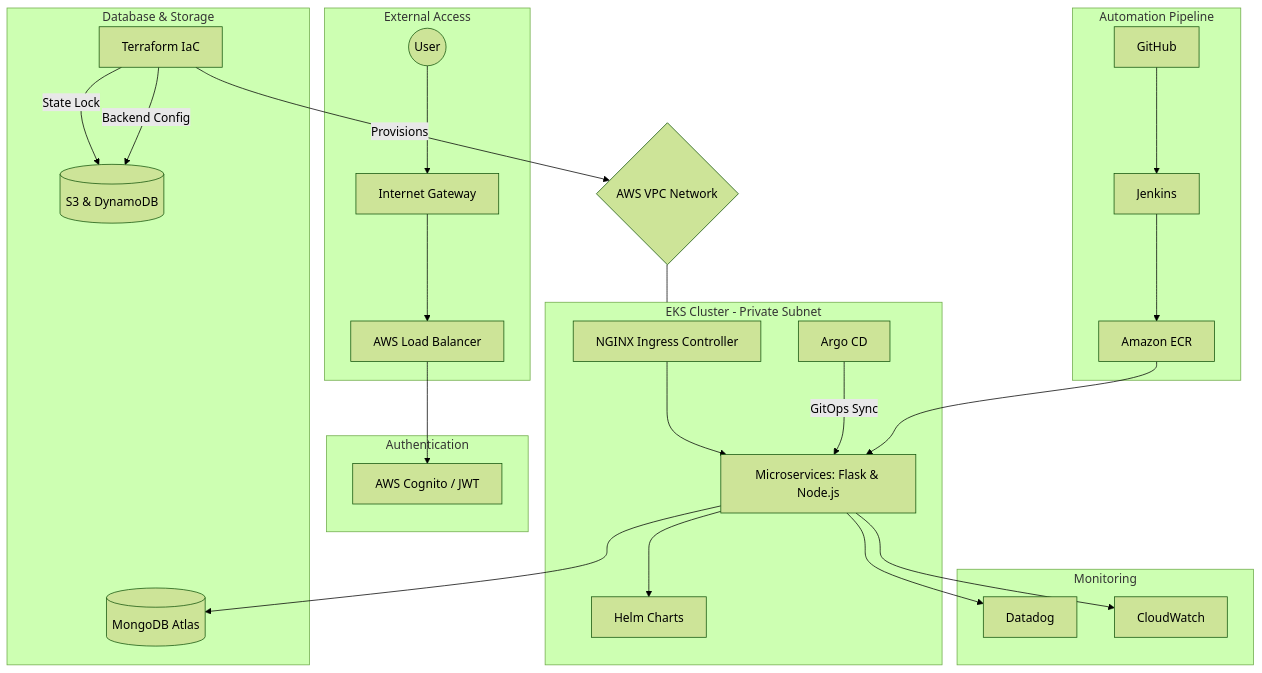
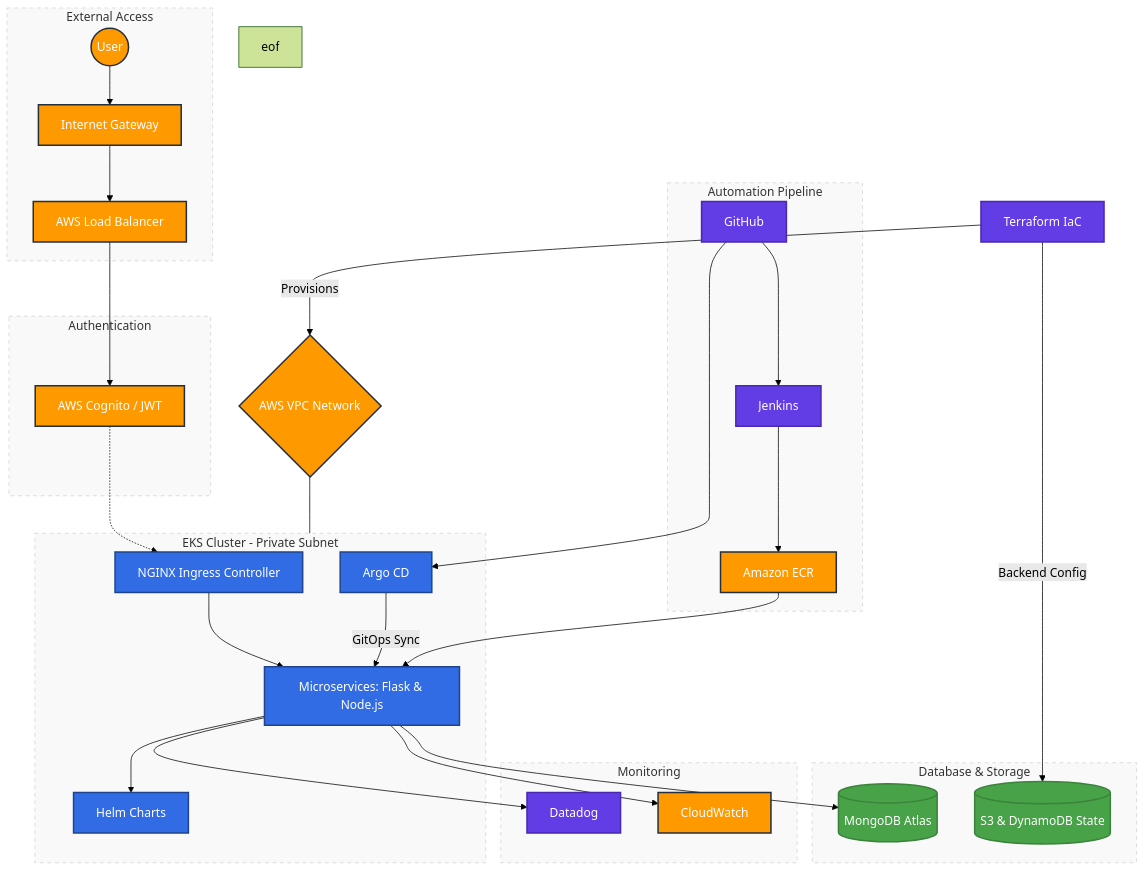
One commit to mohameddraz53/vois_project changed the diagram in README.md. Above: the diagram before and after it, drawn with Mermaid (forest theme).

Commit message:
Refactor mermaid diagram for architecture overview

````diff
--- a/README.md
+++ b/README.md
@@ -1,43 +1,76 @@
 ```mermaid
    graph TD
+    %% Node Definitions with Styling Classes
     subgraph Client_Layer [External Access]
-        User((User)) --> IGW[Internet Gateway]
-        IGW --> ALB[AWS Load Balancer]
+        User((User))
+        IGW[Internet Gateway]
+        ALB[AWS Load Balancer]
     end
     
     subgraph Security_Layer [Authentication]
-        ALB --> Cognito[AWS Cognito / JWT]
+        Cognito[AWS Cognito / JWT]
     end
     
     subgraph Cluster_Layer [EKS Cluster - Private Subnet]
-        NGINX[NGINX Ingress Controller] --> Apps[Microservices: Flask & Node.js]
-        Apps --> Helm[Helm Charts]
-        Argo[Argo CD] -->|GitOps Sync| Apps
+        NGINX[NGINX Ingress Controller]
+        Apps[Microservices: Flask & Node.js]
+        Helm[Helm Charts]
+        Argo[Argo CD]
     end
 
     subgraph Data_Layer [Database & Storage]
-        Apps --> Mongo[(MongoDB Atlas)]
-        Terraform[Terraform] -->|State Lock| S3[(S3 & DynamoDB)]
+        Mongo[(MongoDB Atlas)]
+        S3[(S3 & DynamoDB State)]
     end
     
     subgraph Observability [Monitoring]
-        Apps --> DD[Datadog]
-        Apps --> CW[CloudWatch]
+        DD[Datadog]
+        CW[CloudWatch]
     end
     
     subgraph CI_CD [Automation Pipeline]
-        Git[GitHub] --> Jenkins[Jenkins]
-        Jenkins --> ECR[Amazon ECR]
-        ECR --> Apps
+        Git[GitHub]
+        Jenkins[Jenkins]
+        ECR[Amazon ECR]
     end
 
-    %% Infrastructure as Code Trigger
+    %% Infrastructure as Code
     Terraform[Terraform IaC]
-    
-    %% Explicitly defining the VPC/Network as a cloud shape
     VPC{AWS VPC Network}
 
+    %% Connections
+    User --> IGW
+    IGW --> ALB
+    ALB --> Cognito
+    Cognito -.-> NGINX
+    NGINX --> Apps
+    Apps --> Helm
+    Argo -->|GitOps Sync| Apps
+    Apps --> Mongo
+    Apps --> DD
+    Apps --> CW
+    Git --> Jenkins
+    Git --> Argo
+    Jenkins --> ECR
+    ECR --> Apps
     Terraform -->|Backend Config| S3
     Terraform -->|Provisions| VPC
     VPC --- Cluster_Layer
+
+    %% Assigning Classes for Colors
+    class User,IGW,ALB,VPC,Cognito,ECR,CW aws
+    class NGINX,Apps,Helm,Argo k8s
+    class Mongo,S3,Redis db
+    class Terraform,Jenkins,Git,DD tool
+    class Client_Layer,Security_Layer,Cluster_Layer,Data_Layer,Observability,CI_CD layers
+
+    %% Style Definitions
+    classDef aws fill:#FF9900,stroke:#232F3E,stroke-width:2px,color:#fff;
+    classDef k8s fill:#326CE5,stroke:#1f448d,stroke-width:2px,color:#fff;
+    classDef db fill:#47A248,stroke:#3b823b,stroke-width:2px,color:#fff;
+    classDef tool fill:#623CE4,stroke:#4829b2,stroke-width:2px,color:#fff;
+    classDef layers fill:#f9f9f9,stroke:#d3d3d3,stroke-dasharray: 5 5;
+
+
+eof
 ```
````
